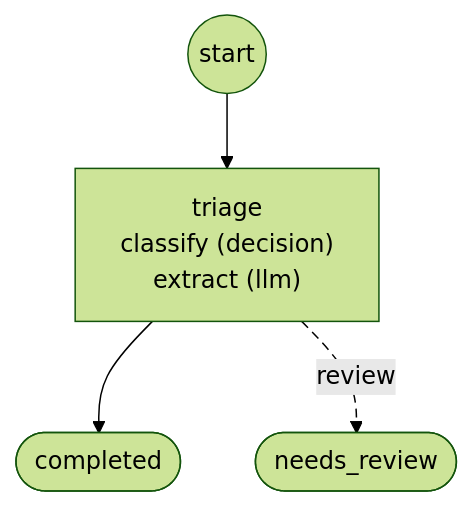
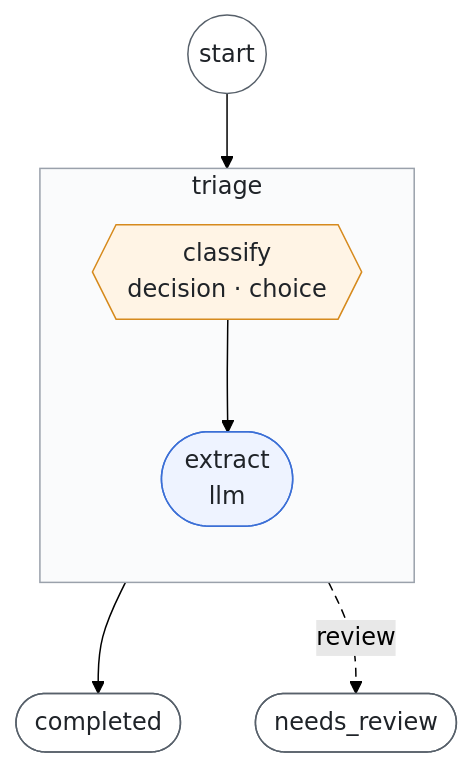
The second of 2 diagrams in examples/support_triage/WORKFLOWS.md (sebastianwessel/foliqant), drawn with Mermaid (forest theme) before and after one commit. The commit also changed other lines of this file and 21 other files, not shown here.

First line of the commit message:
Render workflow graphs as subgraphs with steps, shapes and a legend

````diff
--- a/examples/support_triage/WORKFLOWS.md
+++ b/examples/support_triage/WORKFLOWS.md
@@ -9,11 +39,24 @@
 ```mermaid
 flowchart TD
-  start((start))
-  flow_triage["triage<br/>classify (decision)<br/>extract (llm)"]
-  outcome_completed(["completed"])
-  outcome_needs_review(["needs_review"])
-  start --> flow_triage
-  flow_triage --> outcome_completed
-  flow_triage -.->|"review"| outcome_needs_review
-  linkStyle 2 stroke-dasharray: 6 4
+  start__((start))
+  subgraph triage["triage"]
+    direction TB
+    triage__classify{{"classify<br/>decision · choice"}}
+    triage__extract(["extract<br/>llm"])
+    triage__classify --> triage__extract
+  end
+  outcome_completed__(["completed"])
+  outcome_needs_review__(["needs_review"])
+  start__ --> triage
+  triage --> outcome_completed__
+  triage -.->|"review"| outcome_needs_review__
+  classDef decision fill:#fff4e5,stroke:#d68a1d,color:#1f2328
+  classDef llm fill:#eef3ff,stroke:#3b6fd6,color:#1f2328
+  classDef flow fill:#fafbfc,stroke:#9aa1ab,color:#1f2328
+  classDef terminal fill:#ffffff,stroke:#57606a,color:#1f2328
+  class triage__classify decision
+  class triage__extract llm
+  class triage flow
+  class start__,outcome_completed__,outcome_needs_review__ terminal
+  linkStyle 3 stroke-dasharray: 6 4
 ```
````
